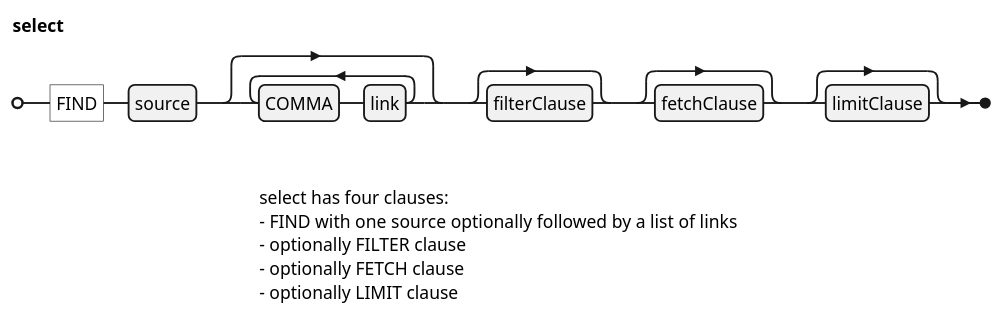
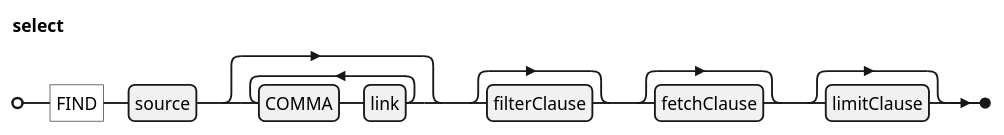
Before and after one commit to koryki-java/core: the diagram in docs/kql/select.plantuml, drawn with PlantUML. The commit also changed 6 other files, not shown here.

```diff
--- a/docs/kql/select.plantuml
+++ b/docs/kql/select.plantuml
@@ -1,19 +1,11 @@
 @startebnf
 ' border and background
 skinparam legendBorderColor transparent
 skinparam legendBackgroundColor white
 
 'title select
 
 select = "FIND", source, {COMMA, link}, [filterClause], [fetchClause], [limitClause]
 ;
 
-legend bottom
-
-select has four clauses:
-- FIND with one source optionally followed by a list of links
-- optionally FILTER clause
-- optionally FETCH clause
-- optionally LIMIT clause
-end legend
 @endebnf
```
